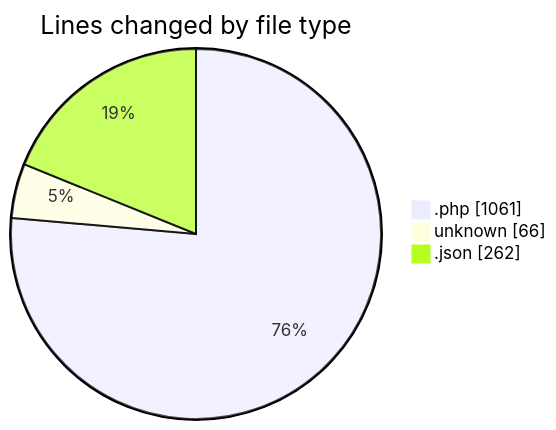
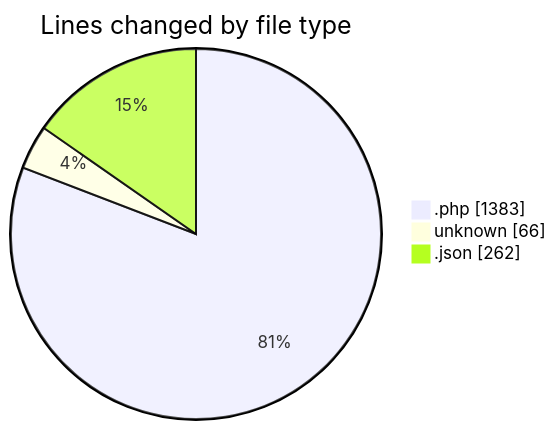
Before and after one commit to idhammustaqopulfikri/code-tracking: the first of 2 diagrams in 2025-10-05/lapangan-futsal/README.md, drawn with Mermaid. The commit also changed other lines of this file and 1 other file, not shown here.

````diff
--- a/2025-10-05/lapangan-futsal/README.md
+++ b/2025-10-05/lapangan-futsal/README.md
@@ -35,7 +38,7 @@
 ```mermaid
 pie showData
 title Lines changed by file type
-".php" : 1061
+".php" : 1383
 "unknown" : 66
 ".json" : 262
 ```
````
